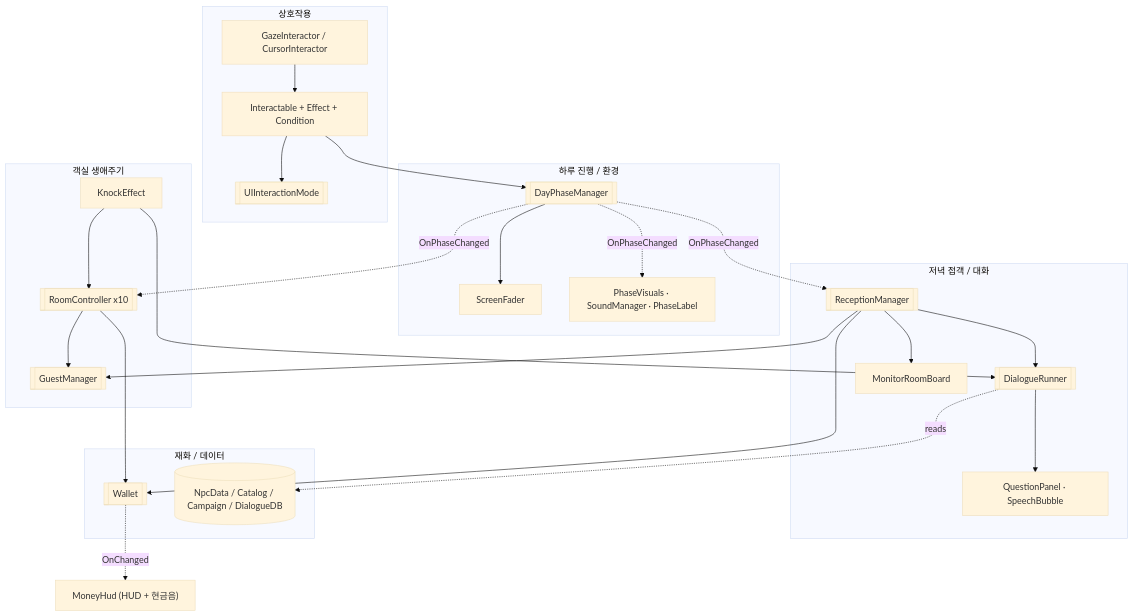
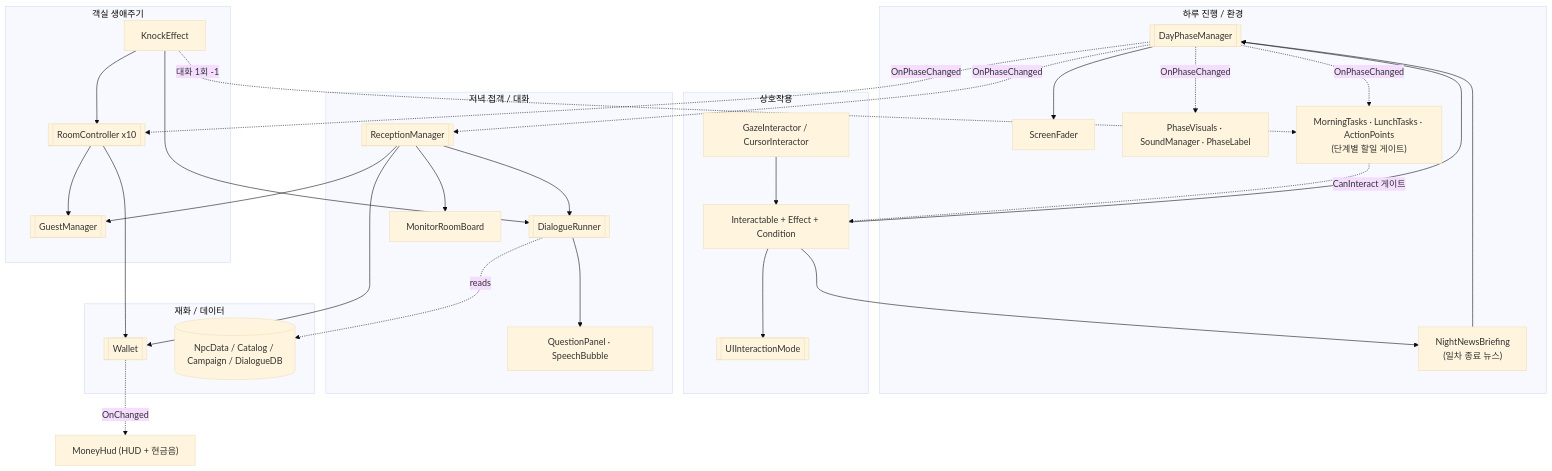
The diagram in README.md (salted1532/KnockKnock_HouseKeeping), drawn with Mermaid (base theme) before and after one commit. The commit also changed other lines of this file and 11 other files, not shown here.

````diff
--- a/README.md
+++ b/README.md
@@ -195,48 +210,54 @@
 ```mermaid
 flowchart TB
     subgraph FLOW["하루 진행 / 환경"]
         DPM[["DayPhaseManager"]]
         SF["ScreenFader"]
         PV["PhaseVisuals · SoundManager · PhaseLabel"]
+        TASK["MorningTasks · LunchTasks · ActionPoints<br/>(단계별 할일 게이트)"]
+        NNB["NightNewsBriefing<br/>(일차 종료 뉴스)"]
     end
     subgraph INT["상호작용"]
         GI["GazeInteractor / CursorInteractor"]
         ITA["Interactable + Effect + Condition"]
         UIM[["UIInteractionMode"]]
     end
     subgraph RCP["저녁 접객 / 대화"]
         RM[["ReceptionManager"]]
         DR[["DialogueRunner"]]
         QP["QuestionPanel · SpeechBubble"]
         MRB["MonitorRoomBoard"]
     end
     subgraph ROOM["객실 생애주기"]
         RC[["RoomController x10"]]
         GM[["GuestManager"]]
         KE["KnockEffect"]
     end
     subgraph ECON["재화 / 데이터"]
         WAL[["Wallet"]]
         DATA[("NpcData / Catalog / Campaign / DialogueDB")]
     end
 
     GI --> ITA
     ITA --> UIM
     ITA --> DPM
     DPM --> SF
     DPM -.->|OnPhaseChanged| PV
     DPM -.->|OnPhaseChanged| RM
     DPM -.->|OnPhaseChanged| RC
+    DPM -.->|OnPhaseChanged| TASK
+    TASK -.->|CanInteract 게이트| ITA
+    ITA --> NNB --> DPM
+    KE -.->|대화 1회 -1| TASK
     RM --> DR --> QP
     RM --> GM
     RM --> WAL
     RM --> MRB
     DR -.->|reads| DATA
     RC --> GM
     RC --> WAL
     KE --> RC
     KE --> DR
     WAL -.->|"OnChanged"| MH["MoneyHud (HUD + 현금음)"]
 
     linkStyle default stroke-width:1px
 ```
````
